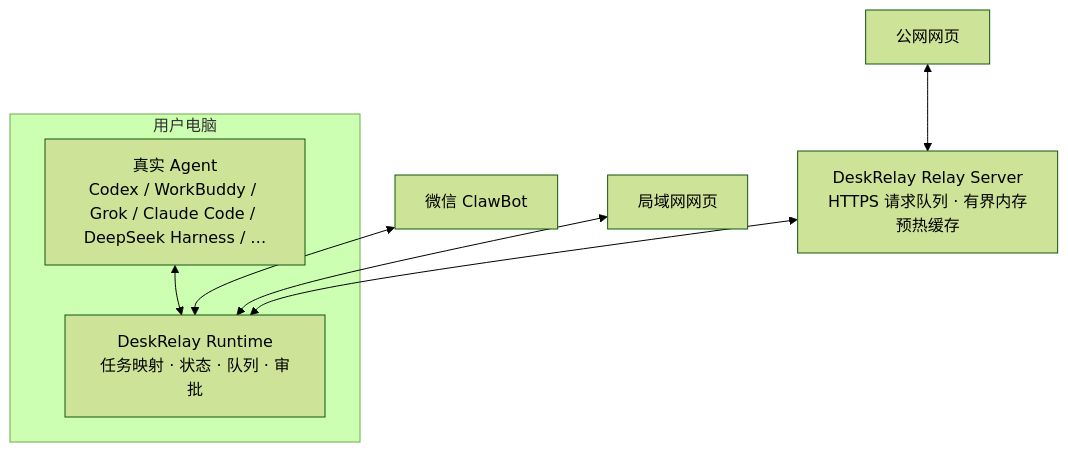
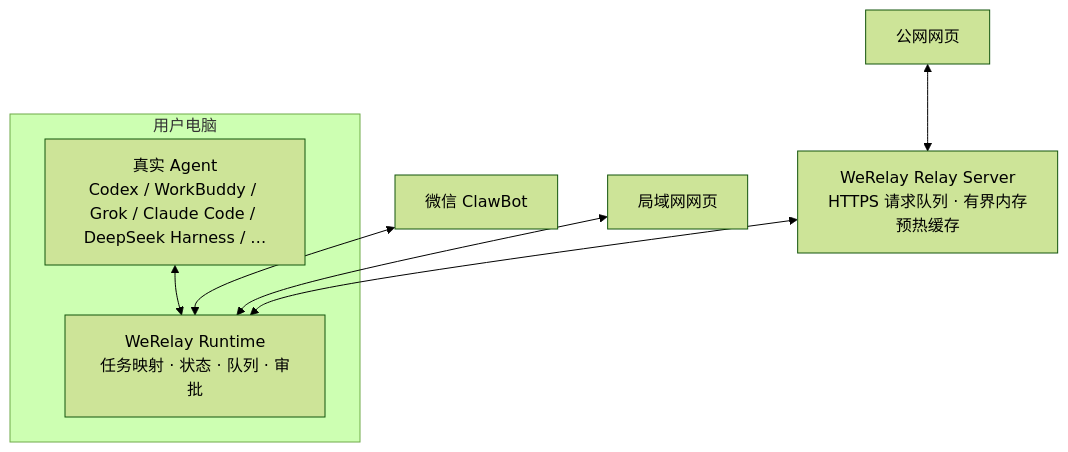
Before and after one commit to imsinolam/DeskRelay: the diagram in docs/架构设计/架构与数据流.md, drawn with Mermaid (forest theme). The commit also changed other lines of this file and 168 other files, not shown here.

````diff
--- a/docs/架构设计/架构与数据流.md
+++ b/docs/架构设计/架构与数据流.md
@@ -5,13 +5,13 @@
 ```mermaid
 flowchart TB
     subgraph Mac["用户电脑"]
         Agent["真实 Agent\nCodex / WorkBuddy / Grok / Claude Code / DeepSeek Harness / …"]
-        Runtime["DeskRelay Runtime\n任务映射 · 状态 · 队列 · 审批"]
+        Runtime["WeRelay Runtime\n任务映射 · 状态 · 队列 · 审批"]
         Agent <--> Runtime
     end
 
     ClawBot["微信 ClawBot"] <--> Runtime
     LanWeb["局域网网页"] <--> Runtime
-    PublicWeb["公网网页"] <--> Relay["DeskRelay Relay Server\nHTTPS 请求队列 · 有界内存预热缓存"]
+    PublicWeb["公网网页"] <--> Relay["WeRelay Relay Server\nHTTPS 请求队列 · 有界内存预热缓存"]
     Relay <--> Runtime
 ```
````
